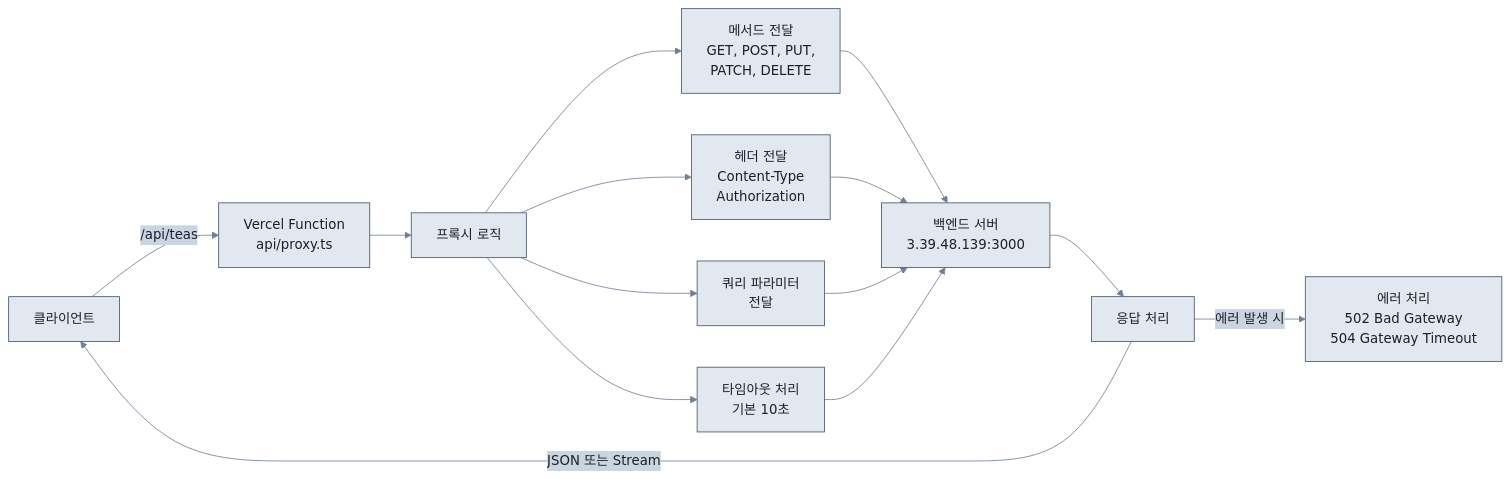
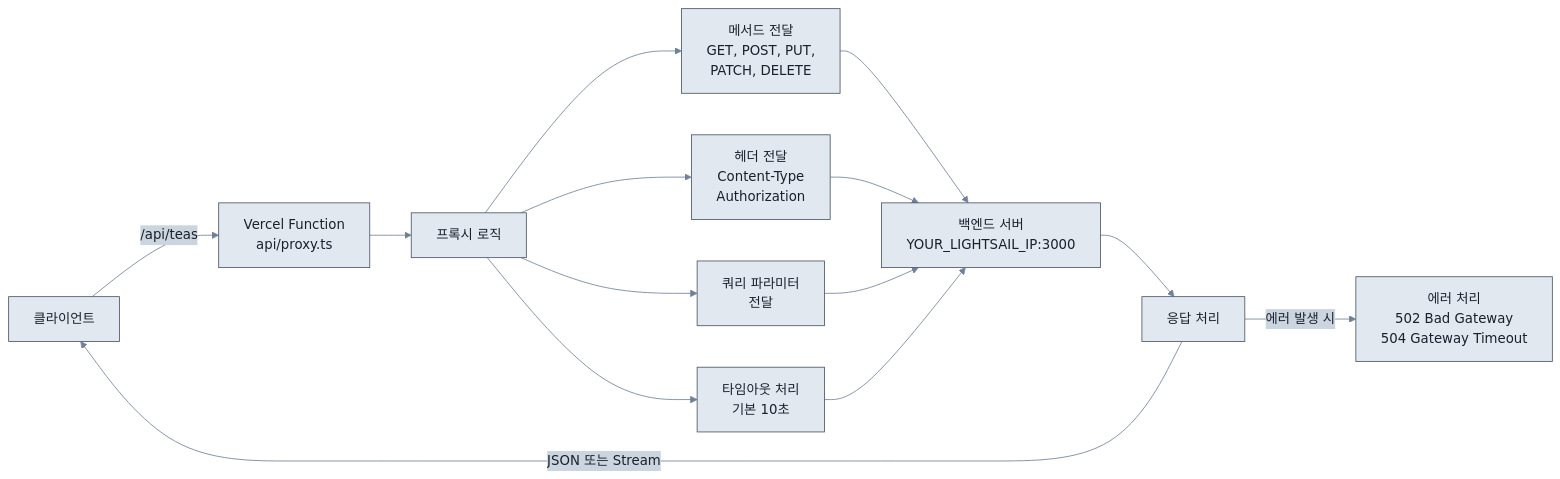
Before and after one commit to FLYLIKEB/ChaLog: the third of 11 diagrams in docs/architecture/SERVER_ARCHITECTURE.md, drawn with Mermaid. The commit also changed other lines of this file and 46 other files, not shown here.

````diff
--- a/docs/architecture/SERVER_ARCHITECTURE.md
+++ b/docs/architecture/SERVER_ARCHITECTURE.md
@@ -113,20 +113,20 @@
 ```mermaid
 %%{init: {'theme':'base', 'themeVariables': { 'primaryColor':'#e2e8f0', 'primaryTextColor':'#1a202c', 'primaryBorderColor':'#4a5568', 'lineColor':'#718096', 'secondaryColor':'#cbd5e0', 'tertiaryColor':'#f7fafc', 'errorBkgColor':'#fed7d7', 'errorTextColor':'#742a2a'}}}%%
 flowchart LR
     Client["클라이언트"] -->|"/api/teas"| Proxy["Vercel Function<br/>api/proxy.ts"]
     
     Proxy --> Process["프록시 로직"]
     Process --> Method["메서드 전달<br/>GET, POST, PUT,<br/>PATCH, DELETE"]
     Process --> Headers["헤더 전달<br/>Content-Type<br/>Authorization"]
     Process --> Query["쿼리 파라미터<br/>전달"]
     Process --> Timeout["타임아웃 처리<br/>기본 10초"]
     
-    Method --> Backend["백엔드 서버<br/>3.39.48.139:3000"]
+    Method --> Backend["백엔드 서버<br/>YOUR_LIGHTSAIL_IP:3000"]
     Headers --> Backend
     Query --> Backend
     Timeout --> Backend
     
     Backend --> Response["응답 처리"]
     Response -->|"JSON 또는 Stream"| Client
     Response -->|"에러 발생 시"| Error["에러 처리<br/>502 Bad Gateway<br/>504 Gateway Timeout"]
 ```
````
